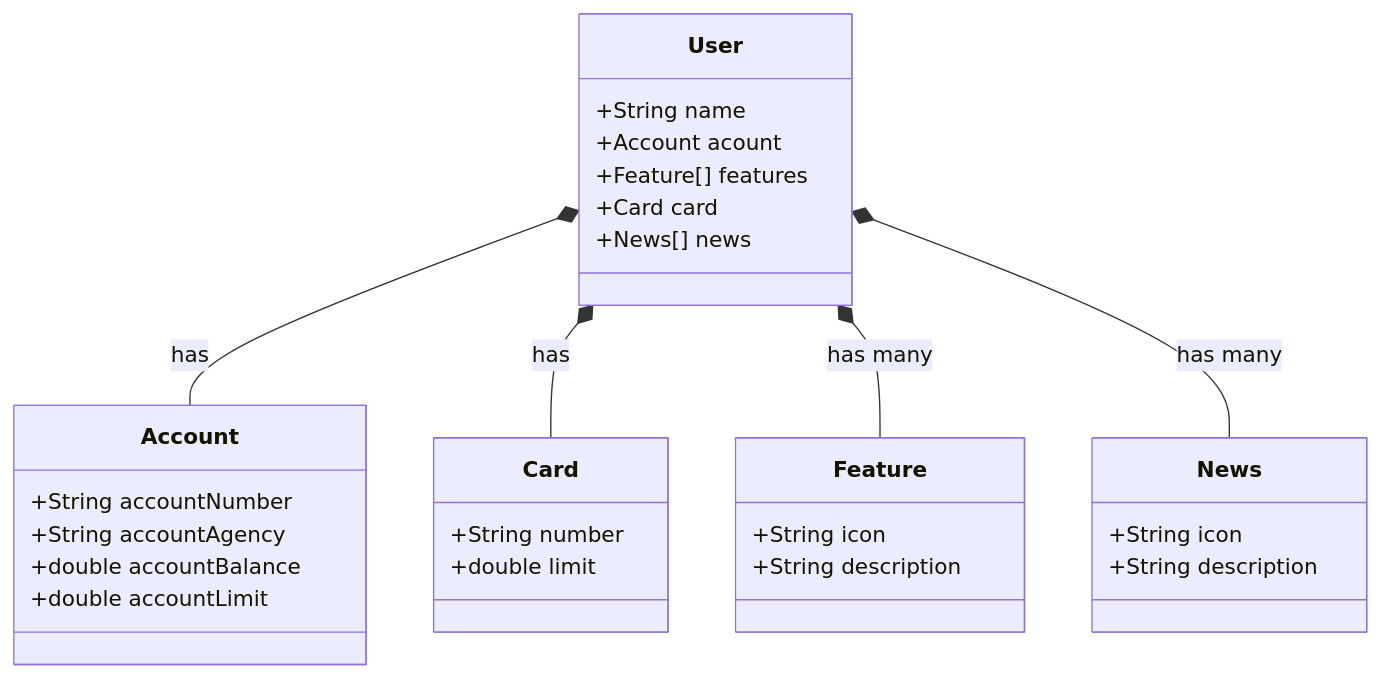
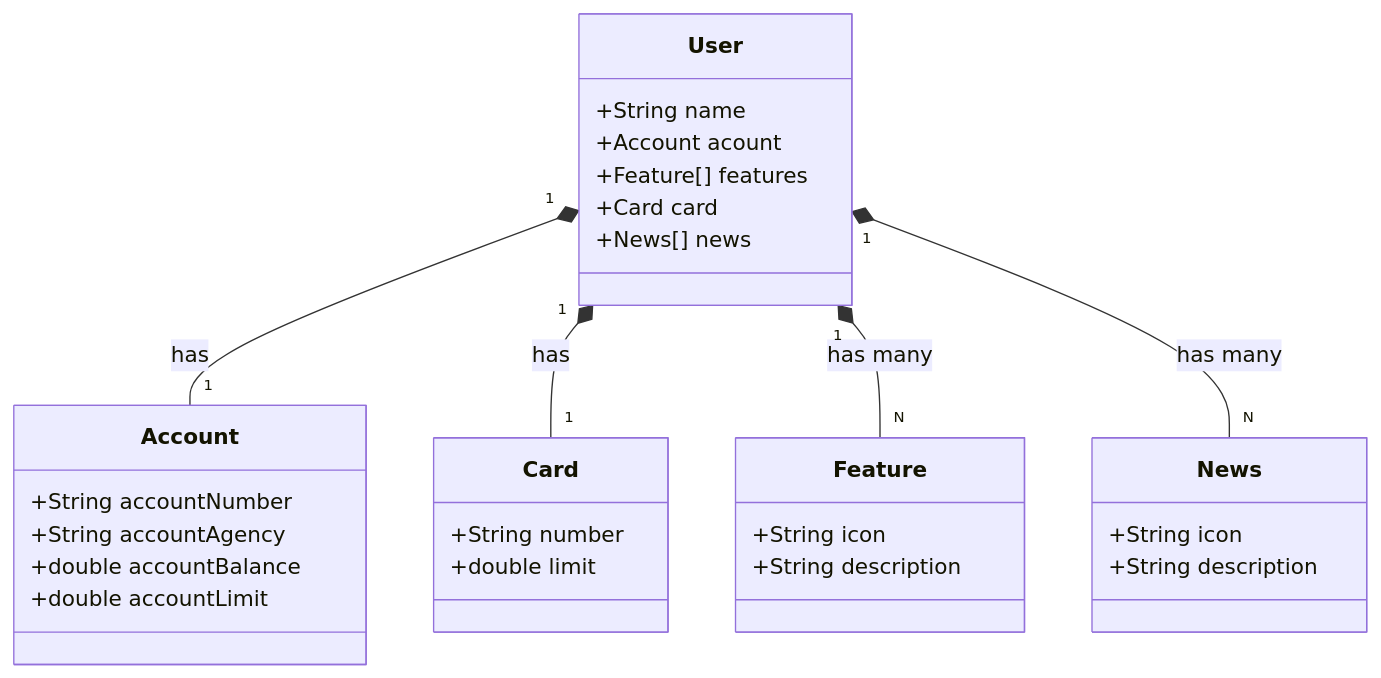
The diagram in README.md (anyblueangel3/santander-dev-week-2023), drawn with Mermaid before and after one commit.

````diff
--- a/README.md
+++ b/README.md
@@ -3,37 +3,37 @@
 ```mermaid
 classDiagram
     class User {
         +String name
         +Account acount
         +Feature[] features
         +Card card
         +News[] news
     }
 
     class Account {
         +String accountNumber
         +String accountAgency
         +double accountBalance
         +double accountLimit
     }
 
     class Feature {
         +String icon
         +String description
     }
 
     class Card {
         +String number
         +double limit
     }
 
     class News {
         +String icon
         +String description
     }
 
-    User *-- Account : has
-    User *-- Card : has
-    User *-- Feature : has many
-    User *-- News : has many
+    User "1" *-- "1" Account : has
+    User "1" *-- "1" Card : has
+    User "1" *-- "N" Feature : has many
+    User "1" *-- "N" News : has many
 ```
````
